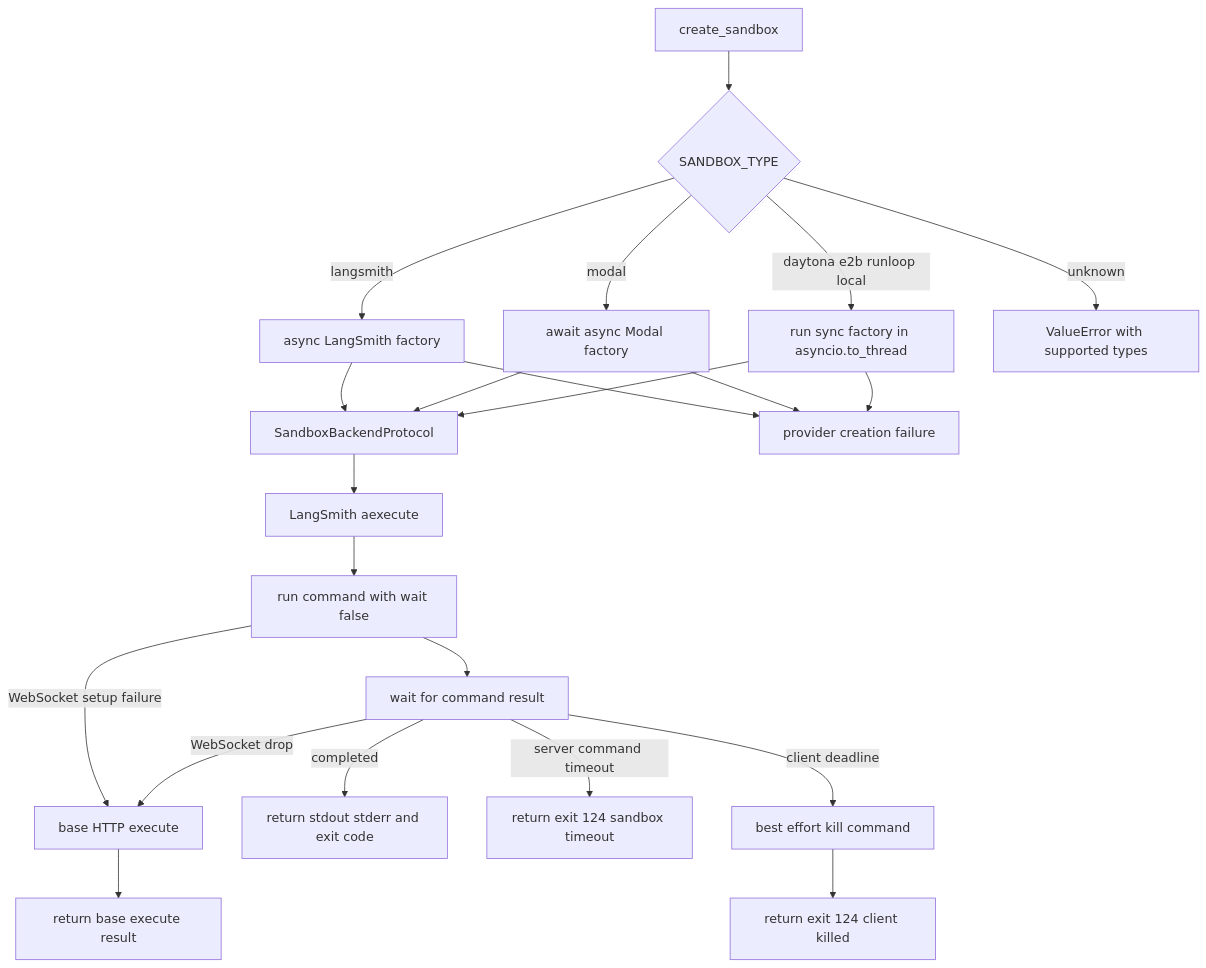
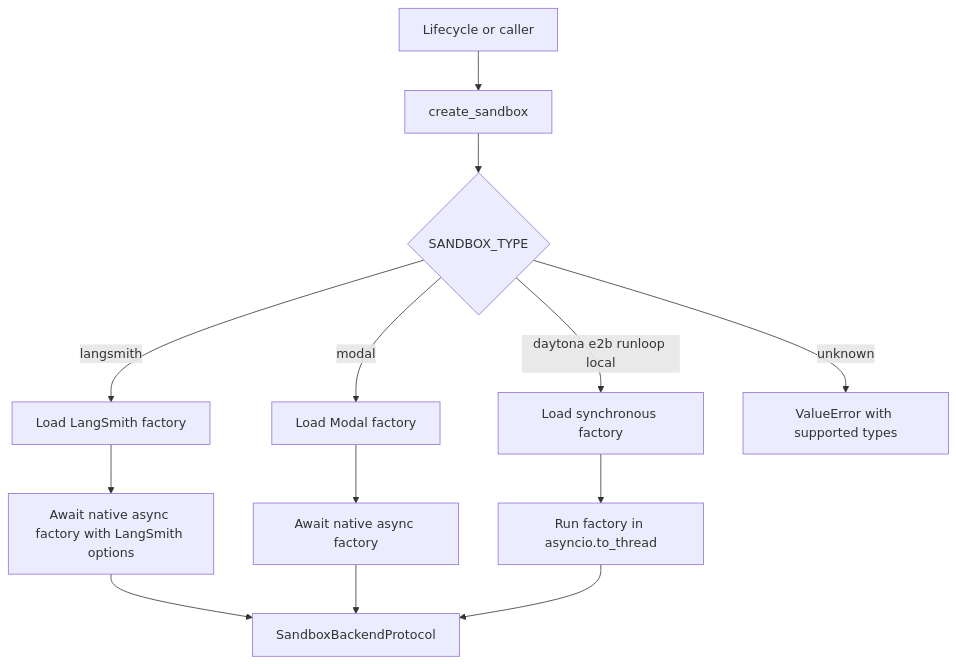
One commit to langchain-ai/open-swe changed the diagram in openwiki/integrations/sandbox-providers.md. Above: the diagram before and after it, drawn with Mermaid. The commit also changed other lines of this file and 52 other files, not shown here.

````diff
--- a/openwiki/integrations/sandbox-providers.md
+++ b/openwiki/integrations/sandbox-providers.md
@@ -51,24 +47,15 @@
 ```mermaid
 flowchart TD
-    Start["create_sandbox"] --> Selector{"SANDBOX_TYPE"}
-    Selector -->|"langsmith"| LangSmith["async LangSmith factory"]
-    Selector -->|"modal"| Modal["await async Modal factory"]
-    Selector -->|"daytona e2b runloop local"| Thread["run sync factory in asyncio.to_thread"]
-    Selector -->|"unknown"| Invalid["ValueError with supported types"]
-    LangSmith --> Created["SandboxBackendProtocol"]
-    Modal --> Created
-    Thread --> Created
-    LangSmith --> CreateFailure["provider creation failure"]
-    Modal --> CreateFailure
-    Thread --> CreateFailure
-    Created --> Execute["LangSmith aexecute"]
-    Execute --> OpenWS["run command with wait false"]
-    OpenWS -->|"WebSocket setup failure"| HttpFallback["base HTTP execute"]
-    OpenWS --> Handle["wait for command result"]
-    Handle -->|"completed"| Result["return stdout stderr and exit code"]
-    Handle -->|"server command timeout"| ServerTimeout["return exit 124 sandbox timeout"]
-    Handle -->|"client deadline"| Kill["best effort kill command"]
-    Kill --> ClientTimeout["return exit 124 client killed"]
-    Handle -->|"WebSocket drop"| HttpFallback
-    HttpFallback --> HttpResult["return base execute result"]
+    Caller["Lifecycle or caller"] --> Select["create_sandbox"]
+    Select --> Type{"SANDBOX_TYPE"}
+    Type -->|"langsmith"| Ls["Load LangSmith factory"]
+    Type -->|"modal"| Mo["Load Modal factory"]
+    Type -->|"daytona e2b runloop local"| Sync["Load synchronous factory"]
+    Type -->|"unknown"| Bad["ValueError with supported types"]
+    Ls --> AwaitLs["Await native async factory with LangSmith options"]
+    Mo --> AwaitMo["Await native async factory"]
+    Sync --> Thread["Run factory in asyncio.to_thread"]
+    AwaitLs --> Backend["SandboxBackendProtocol"]
+    AwaitMo --> Backend
+    Thread --> Backend
 ```
````
